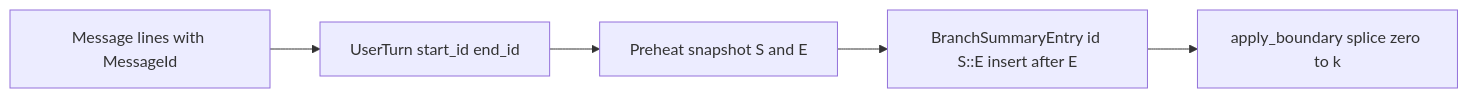
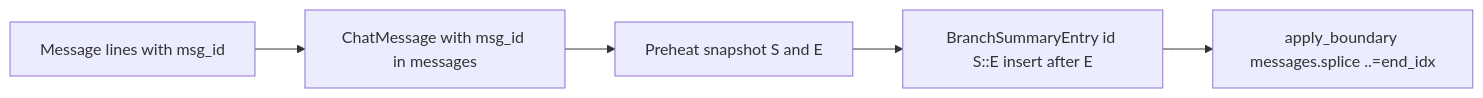
Before and after one commit to teisun/tomcat-agent: the diagram in pi-rust-wasm/openspec/specs/architecture/context-management.md, drawn with Mermaid. The commit also changed other lines of this file and 27 other files, not shown here.

````diff
--- a/pi-rust-wasm/openspec/specs/architecture/context-management.md
+++ b/pi-rust-wasm/openspec/specs/architecture/context-management.md
@@ -835,12 +761,12 @@
 ```mermaid
 flowchart LR
-  msgUser["Message lines with MessageId"]
-  userTurn["UserTurn start_id end_id"]
+  msgUser["Message lines with msg_id"]
+  chatMsg["ChatMessage with msg_id in messages"]
   preheat["Preheat snapshot S and E"]
   pending["BranchSummaryEntry id S::E insert after E"]
-  apply["apply_boundary splice zero to k"]
-  msgUser --> userTurn
-  userTurn --> preheat
+  apply["apply_boundary messages.splice ..=end_idx"]
+  msgUser --> chatMsg
+  chatMsg --> preheat
   preheat --> pending
   pending --> apply
 ```
````
